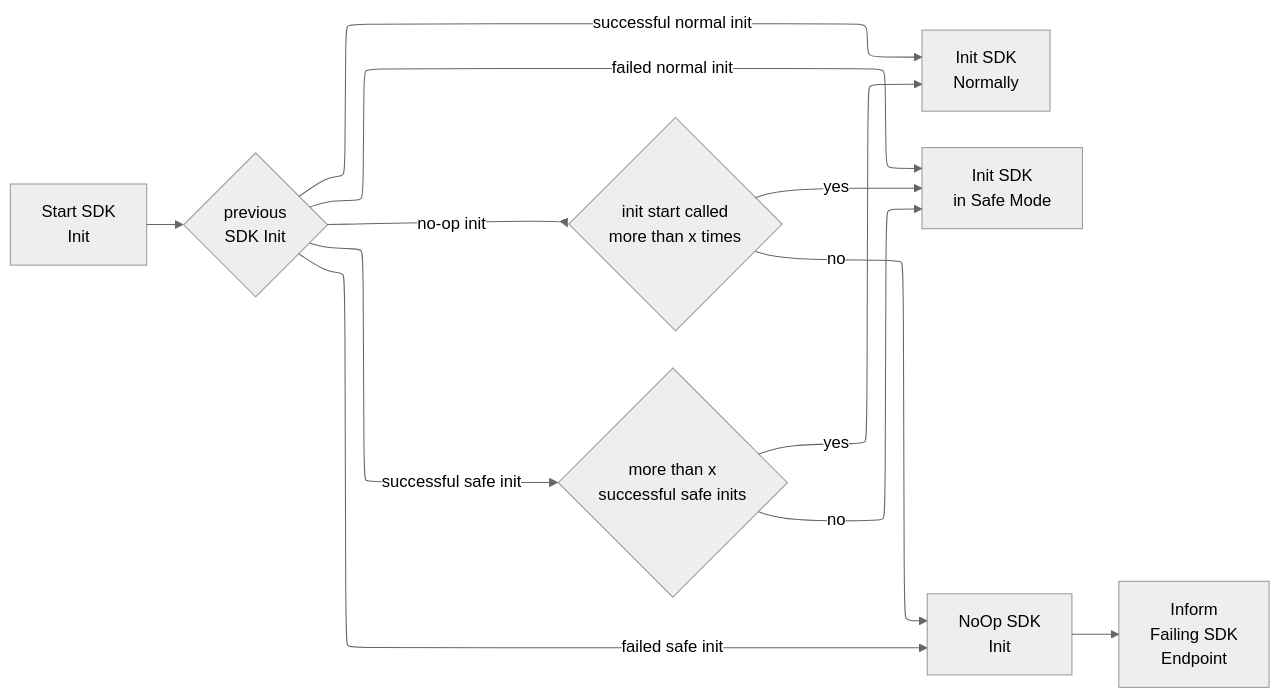
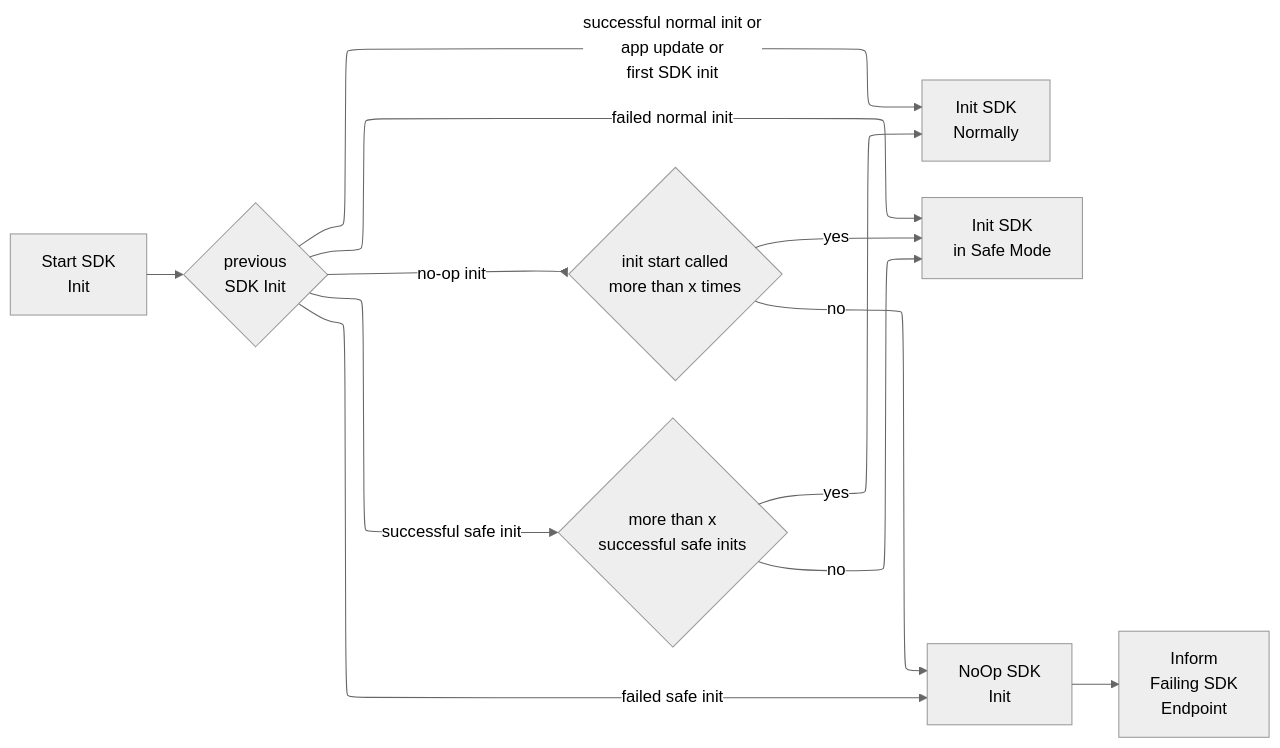
One commit to getsentry/rfcs changed the first of 2 diagrams in text/0143-sdk-fail-safe-mode.md. Above: the diagram before and after it, drawn with Mermaid. The commit also changed other lines of this file, not shown here.

````diff
--- a/text/0143-sdk-fail-safe-mode.md
+++ b/text/0143-sdk-fail-safe-mode.md
@@ -53,48 +59,50 @@
 ```mermaid
 ---
 config:
   layout: elk
   elk:
     mergeEdges: false
     nodePlacementStrategy: NETWORK_SIMPLEX
   theme: neutral
 ---
 flowchart LR
     sdk-init-start[Start SDK
         Init]
     sdk-init-normal[Init SDK
         Normally]
     sdk-init-safe-mode[Init SDK
         in Safe Mode]
     sdk-init-no-op[NoOp SDK
         Init]
     sdk-fail-endpoint[Inform
         Failing SDK
         Endpoint]
 
     
     decision-init-start-x-times@{ shape: diamond, label: "init start called
         more than x times" }
 
     decision-sdk-mode@{ shape: diamond, label: "previous
         SDK Init" }
     decision-sdk-init-x-times-safe-mode@{ shape: diamond, label: "more than x
         successful safe inits" }
     
     sdk-init-start --> decision-sdk-mode
     
     decision-sdk-mode-- no-op init --> decision-init-start-x-times
     decision-init-start-x-times-- no --> sdk-init-no-op
     decision-init-start-x-times-- yes --> sdk-init-safe-mode
     
-    decision-sdk-mode-- successful normal init --> sdk-init-normal
+    decision-sdk-mode-- successful normal init or
+        app update or
+        first SDK init --> sdk-init-normal
     decision-sdk-mode-- successful safe init --> decision-sdk-init-x-times-safe-mode
     decision-sdk-mode-- failed normal init --> sdk-init-safe-mode
     decision-sdk-mode-- failed safe init --> sdk-init-no-op
 
 
     decision-sdk-init-x-times-safe-mode-- yes --> sdk-init-normal
     decision-sdk-init-x-times-safe-mode-- no --> sdk-init-safe-mode 
 
     sdk-init-no-op --> sdk-fail-endpoint
 ```
````
